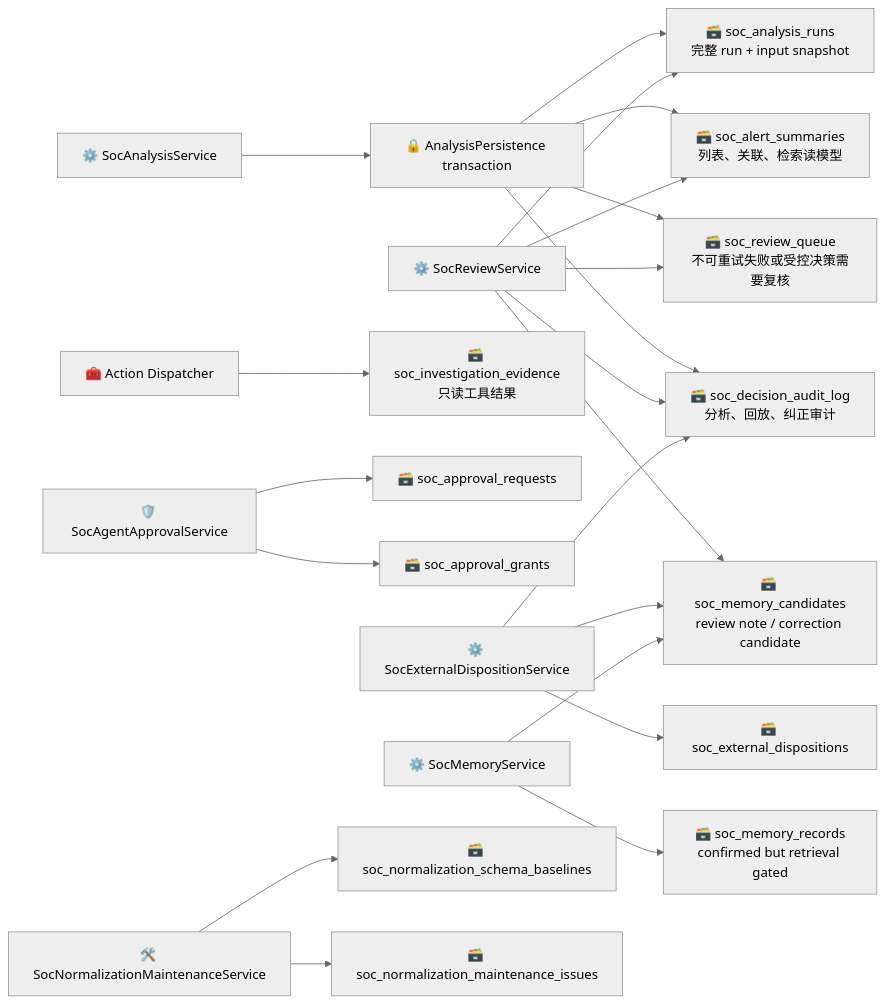
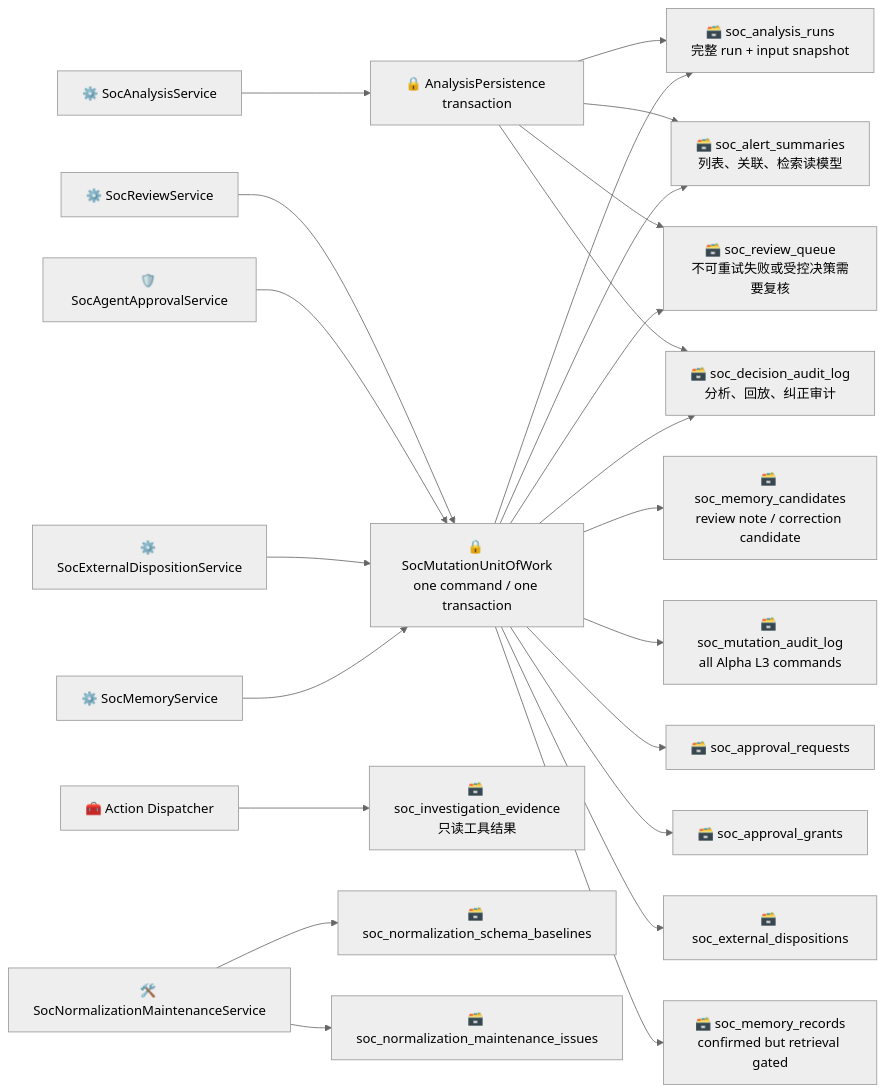
The fifth of 20 diagrams in .notes/ai_soc/alert-lifecycle-flow.md (yydspanda/deer-flow), drawn with Mermaid (neutral theme) before and after one commit. The commit also changed other lines of this file and 21 other files, not shown here.

Commit message:
feat(soc): make alpha mutations atomic and auditable

````diff
--- a/.notes/ai_soc/alert-lifecycle-flow.md
+++ b/.notes/ai_soc/alert-lifecycle-flow.md
@@ -224,25 +227,27 @@
 ```mermaid
 flowchart LR
     A["⚙️ SocAnalysisService"] --> TX["🔒 AnalysisPersistence transaction"]
     TX --> B["🗃️ soc_analysis_runs<br/>完整 run + input snapshot"]
     TX --> C["🗃️ soc_alert_summaries<br/>列表、关联、检索读模型"]
     TX --> D["🗃️ soc_review_queue<br/>不可重试失败或受控决策需要复核"]
     TX --> E["🗃️ soc_decision_audit_log<br/>分析、回放、纠正审计"]
 
-    F["⚙️ SocReviewService"] --> D
-    F --> B
-    F --> C
-    F --> E
-    F --> G["🗃️ soc_memory_candidates<br/>review note / correction candidate"]
+    F["⚙️ SocReviewService"] --> MTX["🔒 SocMutationUnitOfWork<br/>one command / one transaction"]
+    MTX --> D
+    MTX --> B
+    MTX --> C
+    MTX --> E
+    MTX --> G["🗃️ soc_memory_candidates<br/>review note / correction candidate"]
+    MTX --> MA["🗃️ soc_mutation_audit_log<br/>all Alpha L3 commands"]
 
     H["🧰 Action Dispatcher"] --> I["🗃️ soc_investigation_evidence<br/>只读工具结果"]
-    J["🛡️ SocAgentApprovalService"] --> K["🗃️ soc_approval_requests"]
-    J --> L["🗃️ soc_approval_grants"]
-    M["⚙️ SocExternalDispositionService"] --> N["🗃️ soc_external_dispositions"]
-    M --> E
-    M --> G
-    O["⚙️ SocMemoryService"] --> G
-    O --> P["🗃️ soc_memory_records<br/>confirmed but retrieval gated"]
+    J["🛡️ SocAgentApprovalService"] --> MTX
+    MTX --> K["🗃️ soc_approval_requests"]
+    MTX --> L["🗃️ soc_approval_grants"]
+    M["⚙️ SocExternalDispositionService"] --> MTX
+    MTX --> N["🗃️ soc_external_dispositions"]
+    O["⚙️ SocMemoryService"] --> MTX
+    MTX --> P["🗃️ soc_memory_records<br/>confirmed but retrieval gated"]
     Q["🛠️ SocNormalizationMaintenanceService"] --> R["🗃️ soc_normalization_schema_baselines"]
     Q --> S["🗃️ soc_normalization_maintenance_issues"]
 ```
````
